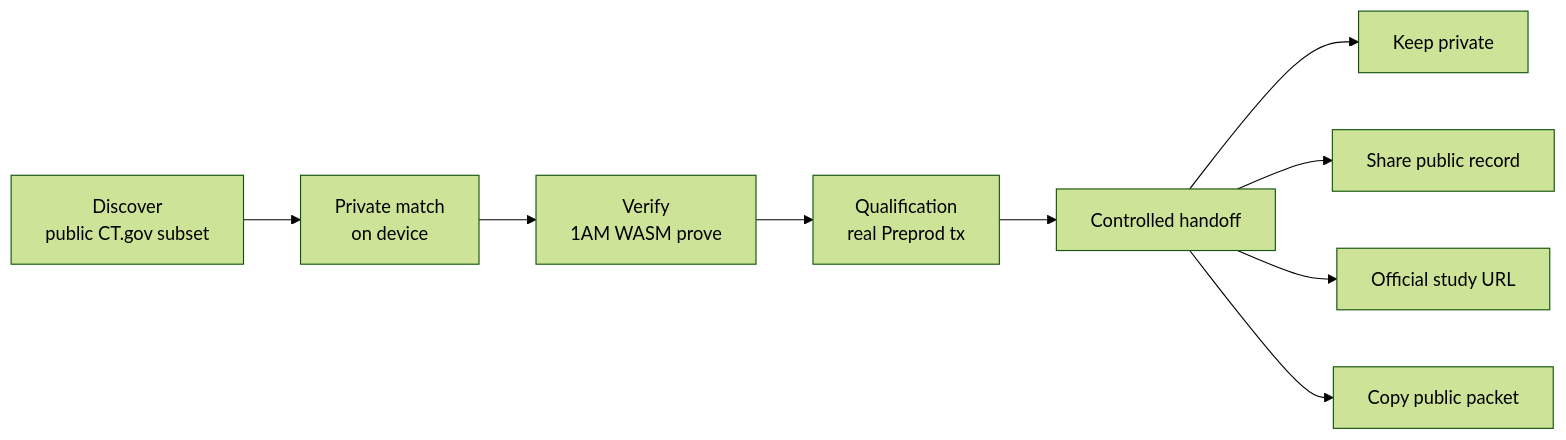
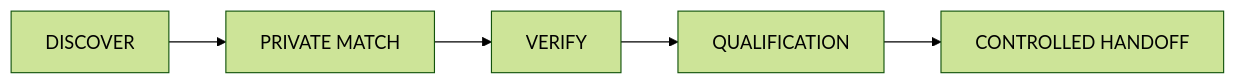
The first of 7 diagrams in README.md (Mr-Ben-dev/COHORT), drawn with Mermaid (forest theme) before and after one commit. The commit also changed other lines of this file and 7 other files, not shown here.

````diff
--- a/README.md
+++ b/README.md
@@ -74,11 +92,7 @@
 ```mermaid
 flowchart LR
-  A[Discover<br/>public CT.gov subset] --> B[Private match<br/>on device]
-  B --> C[Verify<br/>1AM WASM prove]
-  C --> D[Qualification<br/>real Preprod tx]
-  D --> E[Controlled handoff]
-  E --> F[Keep private]
-  E --> G[Share public record]
-  E --> H[Official study URL]
-  E --> I[Copy public packet]
+  A[DISCOVER] --> B[PRIVATE MATCH]
+  B --> C[VERIFY]
+  C --> D[QUALIFICATION]
+  D --> E[CONTROLLED HANDOFF]
 ```
````
